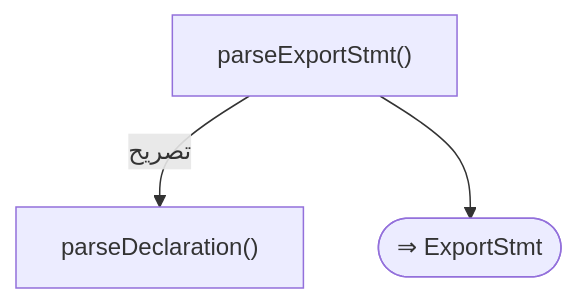
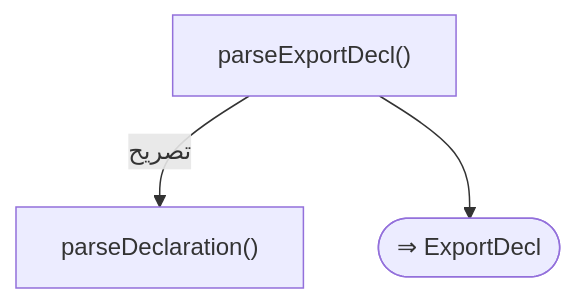
Diagram 12 of 19 in docs/parser_rule/_generated/20_declarations.md (sadlang/sadlang), drawn with Mermaid before and after one commit. The commit also changed other lines of this file and 35 other files, not shown here.

````diff
--- a/docs/parser_rule/_generated/20_declarations.md
+++ b/docs/parser_rule/_generated/20_declarations.md
@@ -456,8 +462,8 @@
 ```mermaid
 flowchart TD
-  f1["parseExportStmt()"]
+  f1["parseExportDecl()"]
   f2["parseDeclaration()"]
   f1 -- "تصريح" --> f2
-  f3(["⇒ ExportStmt"])
+  f3(["⇒ ExportDecl"])
   f1 --> f3
 ```
````
